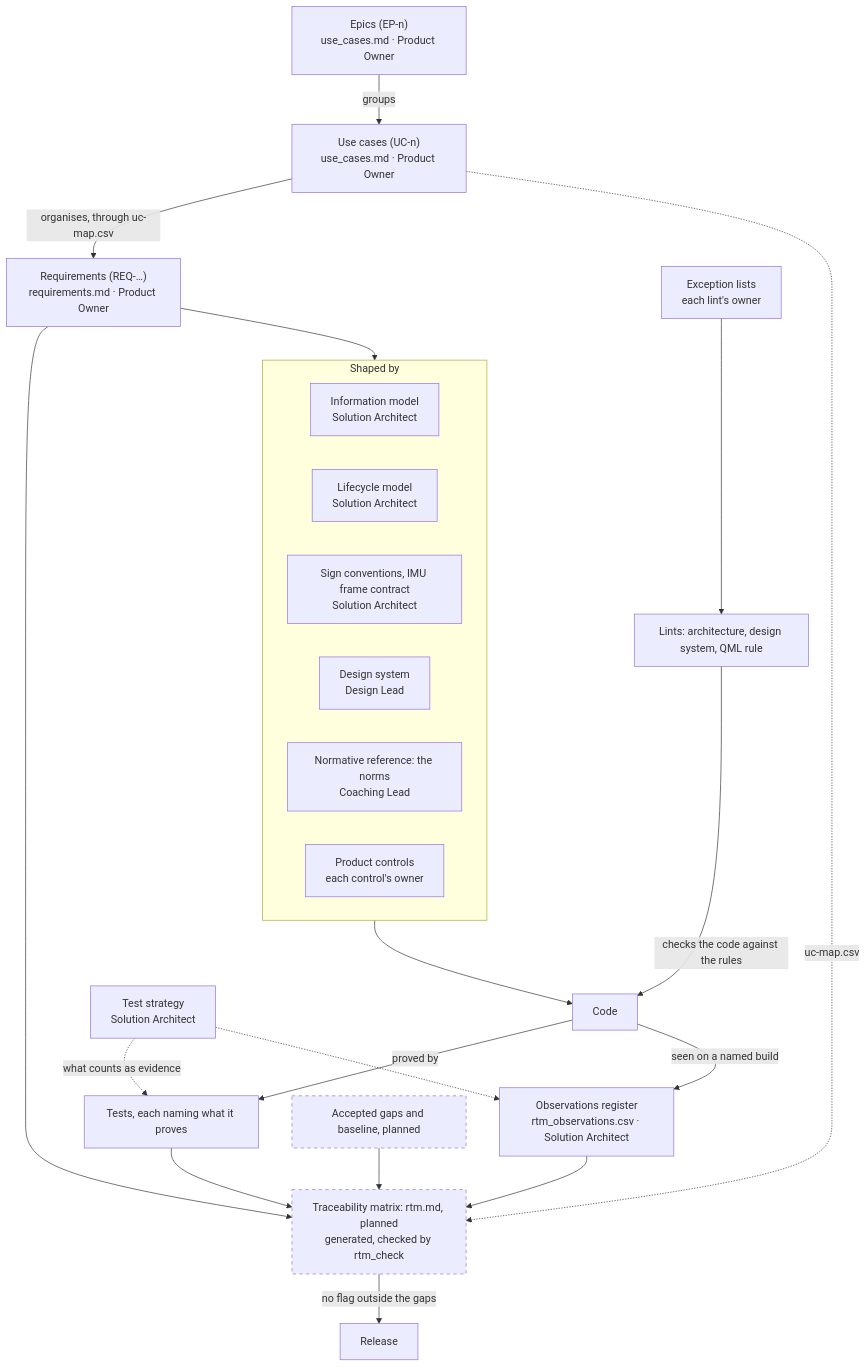
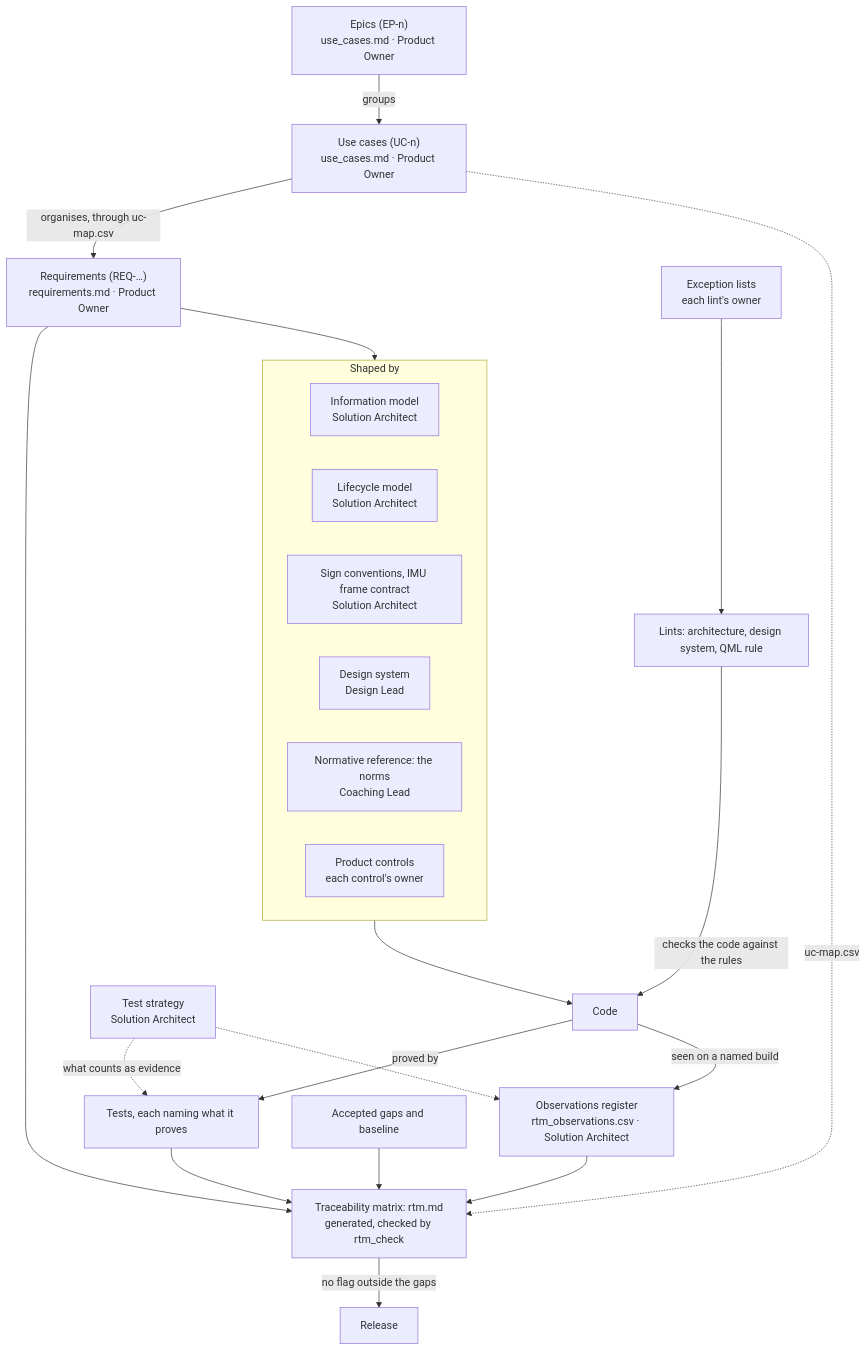
The first of 2 diagrams in governance/README.md (PinPoint-Golf/PinPointStudio), drawn with Mermaid before and after one commit. The commit also changed other lines of this file and 17 other files, not shown here.

````diff
--- a/governance/README.md
+++ b/governance/README.md
@@ -51,43 +51,40 @@
 ```mermaid
 flowchart TD
     EP["Epics (EP-n)<br/>use_cases.md · Product Owner"]
     UC["Use cases (UC-n)<br/>use_cases.md · Product Owner"]
     REQ["Requirements (REQ-…)<br/>requirements.md · Product Owner"]
     subgraph SHAPE["Shaped by"]
         IM["Information model<br/>Solution Architect"]
         LC["Lifecycle model<br/>Solution Architect"]
         SC["Sign conventions, IMU frame contract<br/>Solution Architect"]
         DS["Design system<br/>Design Lead"]
         NR["Normative reference: the norms<br/>Coaching Lead"]
         PC["Product controls<br/>each control's owner"]
     end
     CODE["Code"]
     LINT["Lints: architecture, design system, QML rule"]
     EXC["Exception lists<br/>each lint's owner"]
     TS["Test strategy<br/>Solution Architect"]
     TEST["Tests, each naming what it proves"]
     OBS["Observations register<br/>rtm_observations.csv · Solution Architect"]
-    RTM["Traceability matrix: rtm.md, planned<br/>generated, checked by rtm_check"]
-    GAPS["Accepted gaps and baseline, planned"]
+    RTM["Traceability matrix: rtm.md<br/>generated, checked by rtm_check"]
+    GAPS["Accepted gaps and baseline"]
     REL["Release"]
 
     EP -->|groups| UC
     UC -->|"organises, through uc-map.csv"| REQ
     REQ --> SHAPE
     SHAPE --> CODE
     LINT -->|"checks the code against the rules"| CODE
     EXC --> LINT
     CODE -->|"proved by"| TEST
     CODE -->|"seen on a named build"| OBS
     TS -.->|"what counts as evidence"| TEST
     TS -.-> OBS
     REQ --> RTM
     UC -.->|"uc-map.csv"| RTM
     TEST --> RTM
     OBS --> RTM
     GAPS --> RTM
     RTM -->|"no flag outside the gaps"| REL
-
-    classDef planned stroke-dasharray: 5 5
-    class RTM,GAPS planned
 ```
````
